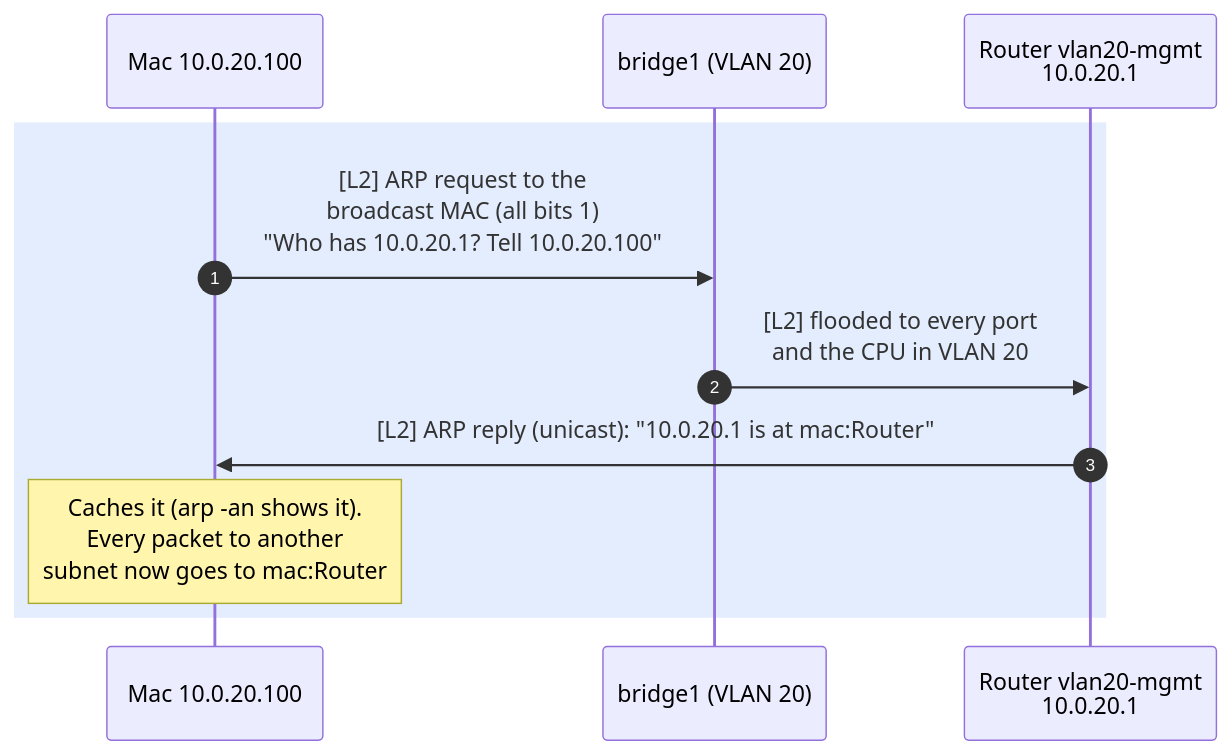
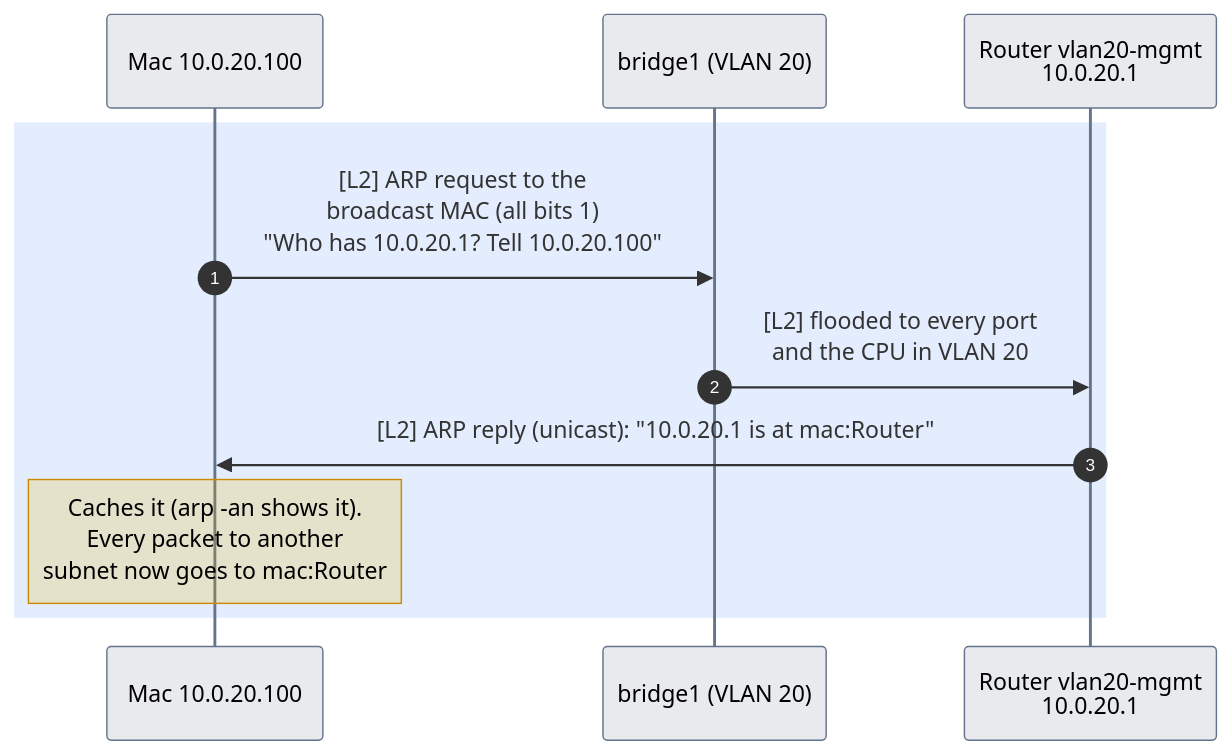
One commit to mithun3/tech-blog changed the third of 3 diagrams in content/pages/networking/basics/ip-addressing-subnetting.mdx. Above: the diagram before and after it, drawn with Mermaid. The commit also changed other lines of this file and 8 other files, not shown here.

Commit message:
mermaid updates.

````diff
--- a/content/pages/networking/basics/ip-addressing-subnetting.mdx
+++ b/content/pages/networking/basics/ip-addressing-subnetting.mdx
@@ -87,13 +115,29 @@
 ```mermaid
+---
+config:
+  look: classic
+  fontFamily: "system-ui, -apple-system, Segoe UI, Roboto, Helvetica, Arial, sans-serif"
+  themeCSS: "rect.actor, rect.note { rx: 6px; ry: 6px; }"
+  themeVariables:
+    actorBkg: "#64748b26"
+    actorBorder: "#64748b"
+    actorLineColor: "#64748b"
+    noteBkgColor: "#eab30833"
+    noteBorderColor: "#ca8a04"
+    labelBoxBkgColor: "#64748b33"
+    labelBoxBorderColor: "#64748b"
+    activationBkgColor: "#64748b40"
+    activationBorderColor: "#64748b"
+---
 sequenceDiagram
     autonumber
     participant Mac as Mac 10.0.20.100
     participant SW as bridge1 (VLAN 20)
     participant R as Router vlan20-mgmt<br/>10.0.20.1
     rect rgba(59, 130, 246, 0.14)
     Mac->>SW: [L2] ARP request to the<br/>broadcast MAC (all bits 1)<br/>"Who has 10.0.20.1? Tell 10.0.20.100"
     SW->>R: [L2] flooded to every port<br/>and the CPU in VLAN 20
     R->>Mac: [L2] ARP reply (unicast): "10.0.20.1 is at mac:Router"
     Note over Mac: Caches it (arp -an shows it).<br/>Every packet to another<br/>subnet now goes to mac:Router
     end
 ```
````
